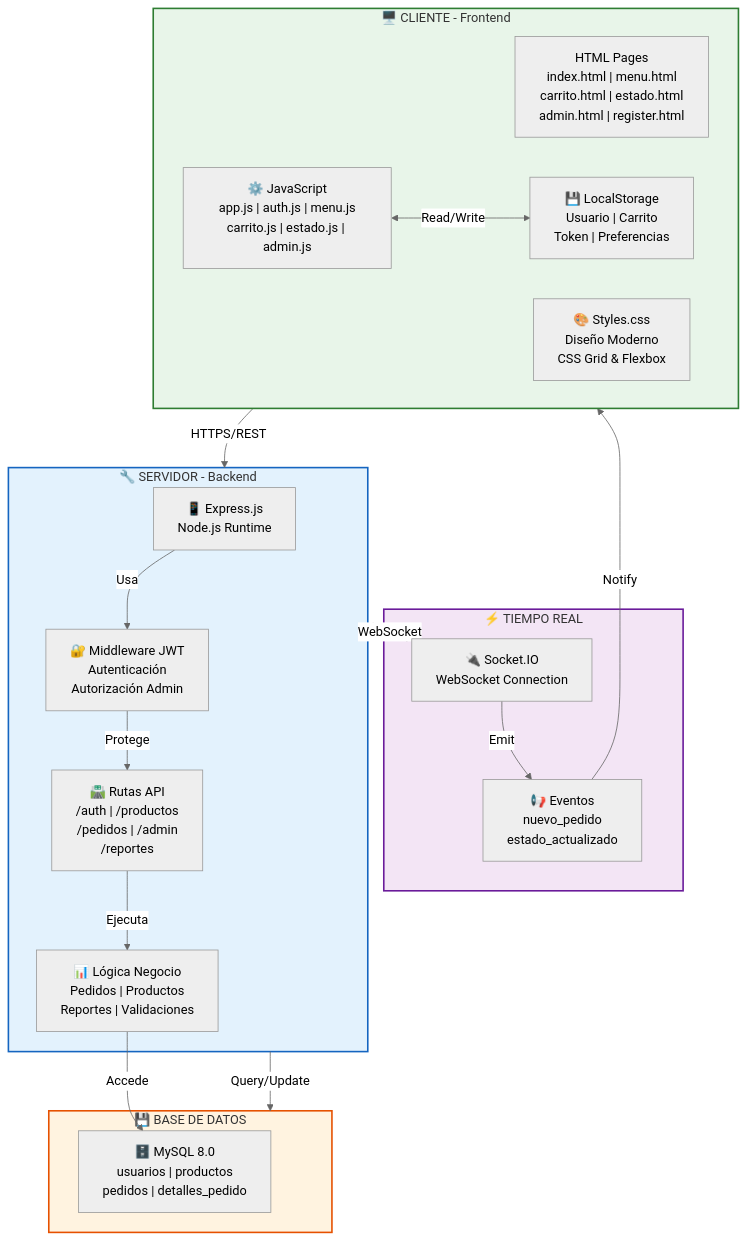
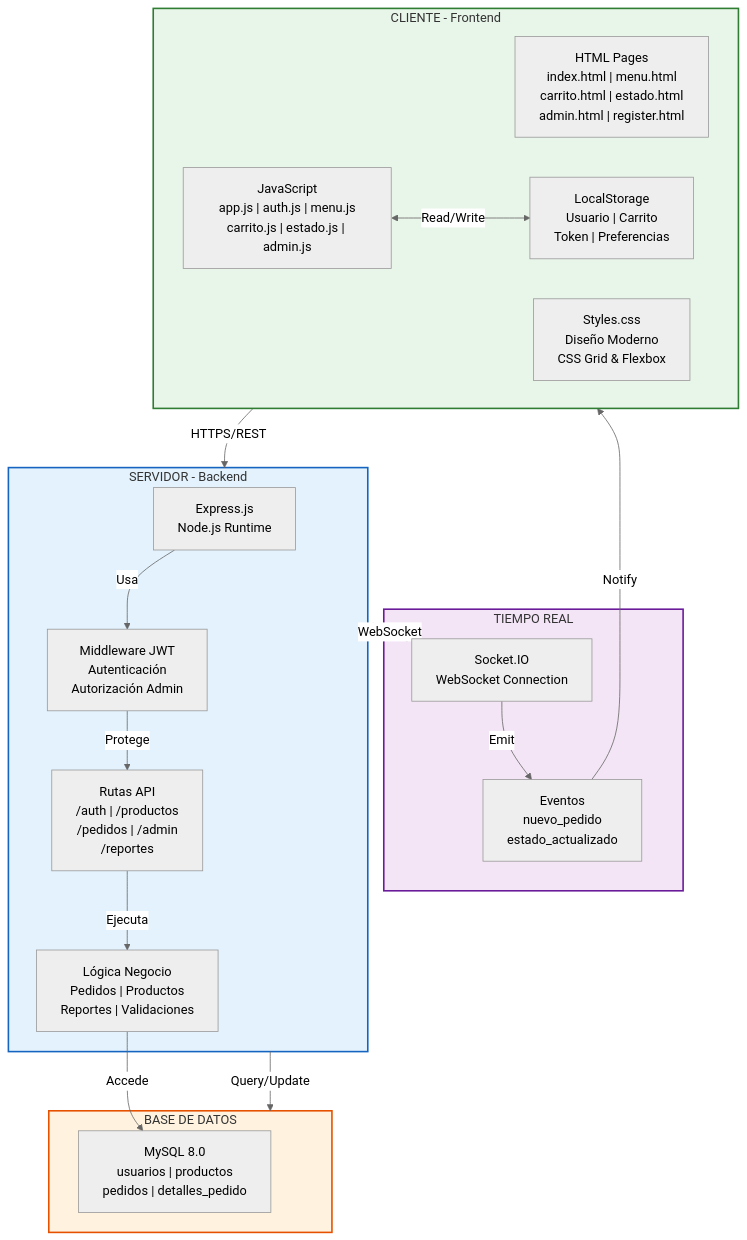
The sixth of 9 diagrams in DIAGRAMAS_UML.md (keanroti/Cafeteria), drawn with Mermaid (neutral theme) before and after one commit. The commit also changed other lines of this file, not shown here.

Commit message:
diagrams

````diff
--- a/DIAGRAMAS_UML.md
+++ b/DIAGRAMAS_UML.md
@@ -323,41 +323,41 @@
 ```mermaid
 graph TB
-    subgraph Cliente["🖥️ CLIENTE - Frontend"]
+    subgraph Cliente["CLIENTE - Frontend"]
         HTML["HTML Pages<br/>index.html | menu.html<br/>carrito.html | estado.html<br/>admin.html | register.html"]
-        CSS["🎨 Styles.css<br/>Diseño Moderno<br/>CSS Grid & Flexbox"]
-        JS["⚙️ JavaScript<br/>app.js | auth.js | menu.js<br/>carrito.js | estado.js | admin.js"]
-        Storage["💾 LocalStorage<br/>Usuario | Carrito<br/>Token | Preferencias"]
+        CSS["Styles.css<br/>Diseño Moderno<br/>CSS Grid & Flexbox"]
+        JS["JavaScript<br/>app.js | auth.js | menu.js<br/>carrito.js | estado.js | admin.js"]
+        Storage["LocalStorage<br/>Usuario | Carrito<br/>Token | Preferencias"]
     end
     
-    subgraph Servidor["🔧 SERVIDOR - Backend"]
-        Express["📱 Express.js<br/>Node.js Runtime"]
-        Routes["🛣️ Rutas API<br/>/auth | /productos<br/>/pedidos | /admin<br/>/reportes"]
-        Auth["🔐 Middleware JWT<br/>Autenticación<br/>Autorización Admin"]
-        Logic["📊 Lógica Negocio<br/>Pedidos | Productos<br/>Reportes | Validaciones"]
+    subgraph Servidor["SERVIDOR - Backend"]
+        Express["Express.js<br/>Node.js Runtime"]
+        Routes["Rutas API<br/>/auth | /productos<br/>/pedidos | /admin<br/>/reportes"]
+        Auth["Middleware JWT<br/>Autenticación<br/>Autorización Admin"]
+        Logic["Lógica Negocio<br/>Pedidos | Productos<br/>Reportes | Validaciones"]
     end
     
-    subgraph BD["💾 BASE DE DATOS"]
-        MySQL["🗄️ MySQL 8.0<br/>usuarios | productos<br/>pedidos | detalles_pedido"]
+    subgraph BD["BASE DE DATOS"]
+        MySQL["MySQL 8.0<br/>usuarios | productos<br/>pedidos | detalles_pedido"]
     end
     
-    subgraph Tiempo["⚡ TIEMPO REAL"]
-        Socket["🔌 Socket.IO<br/>WebSocket Connection"]
-        Events["📢 Eventos<br/>nuevo_pedido<br/>estado_actualizado"]
+    subgraph Tiempo["TIEMPO REAL"]
+        Socket["Socket.IO<br/>WebSocket Connection"]
+        Events["Eventos<br/>nuevo_pedido<br/>estado_actualizado"]
     end
     
     Cliente -->|HTTPS/REST| Servidor
     Servidor -->|Query/Update| BD
     Servidor <-->|WebSocket| Socket
     Socket -->|Emit| Events
     Events -->|Notify| Cliente
     JS <-->|Read/Write| Storage
     Express -->|Usa| Auth
     Auth -->|Protege| Routes
     Routes -->|Ejecuta| Logic
     Logic -->|Accede| MySQL
     
     style Cliente fill:#e8f5e9,stroke:#2e7d32,stroke-width:2px
     style Servidor fill:#e3f2fd,stroke:#1565c0,stroke-width:2px
     style BD fill:#fff3e0,stroke:#e65100,stroke-width:2px
     style Tiempo fill:#f3e5f5,stroke:#6a1b9a,stroke-width:2px
 ```
````
